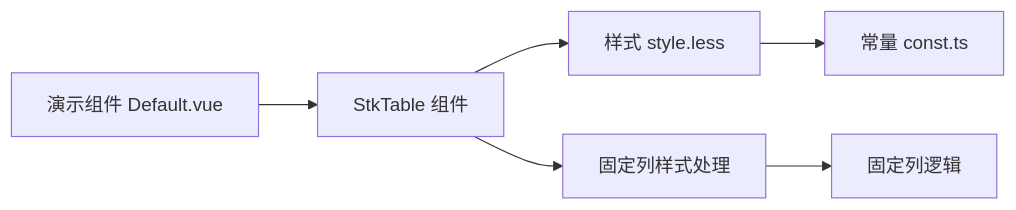
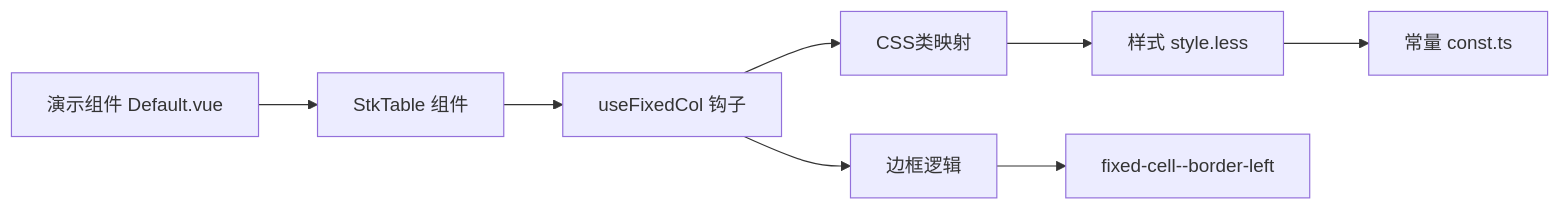
One commit to ja-plus/stk-table-vue changed the third of 3 diagrams in .qoder/repowiki/zh/content/基础功能/边框样式.md. Above: the diagram before and after it, drawn with Mermaid. The commit also changed other lines of this file and 12 other files, not shown here.

````diff
--- a/.qoder/repowiki/zh/content/基础功能/边框样式.md
+++ b/.qoder/repowiki/zh/content/基础功能/边框样式.md
@@ -192,8 +179,10 @@
 ```mermaid
 graph LR
 Demo["演示组件 Default.vue"] --> Table["StkTable 组件"]
-Table --> Style["样式 style.less"]
-Table --> FixedStyle["固定列样式处理"]
+Table --> FixedCol["useFixedCol 钩子"]
+FixedCol --> ClassMap["CSS类映射"]
+ClassMap --> Style["样式 style.less"]
 Style --> Const["常量 const.ts"]
-FixedStyle --> FixedCol["固定列逻辑"]
+FixedCol --> BorderLogic["边框逻辑"]
+BorderLogic --> FixedCellClass["fixed-cell--border-left"]
 ```
````
